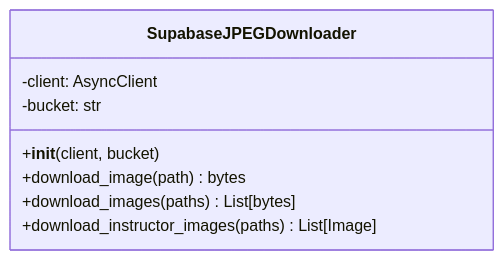
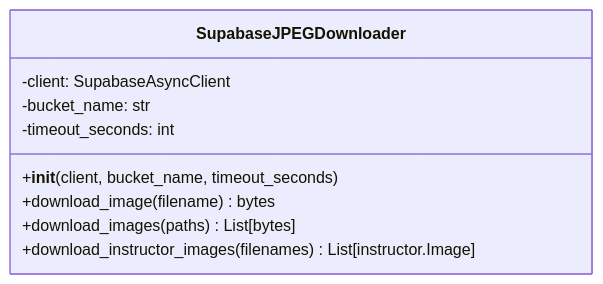
Before and after one commit to akosgintl/colpali-rag-app: the fourth of 6 diagrams in docs/modules/services.md, drawn with Mermaid. The commit also changed other lines of this file and 42 other files, not shown here.

````diff
--- a/docs/modules/services.md
+++ b/docs/modules/services.md
@@ -156,12 +171,13 @@
 ```mermaid
 classDiagram
     class SupabaseJPEGDownloader {
-        -client: AsyncClient
-        -bucket: str
+        -client: SupabaseAsyncClient
+        -bucket_name: str
+        -timeout_seconds: int
 
-        +__init__(client, bucket)
-        +download_image(path) bytes
+        +__init__(client, bucket_name, timeout_seconds)
+        +download_image(filename) bytes
         +download_images(paths) List[bytes]
-        +download_instructor_images(paths) List[Image]
+        +download_instructor_images(filenames) List[instructor.Image]
     }
 ```
````
